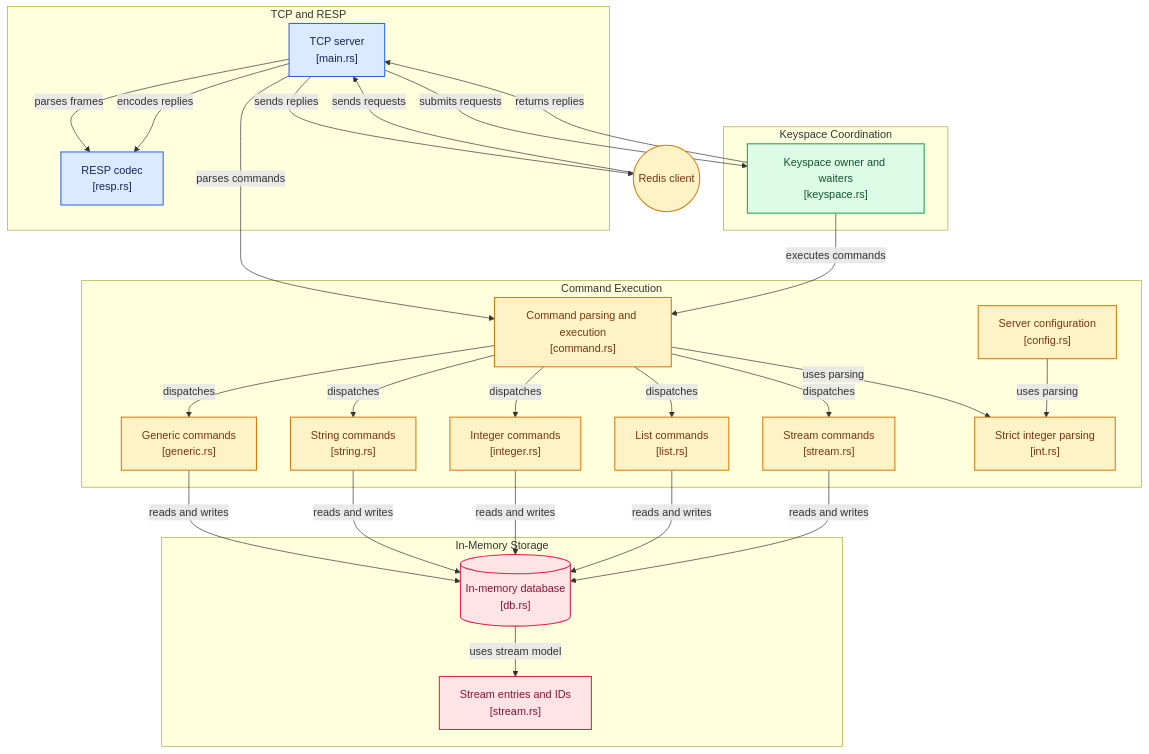
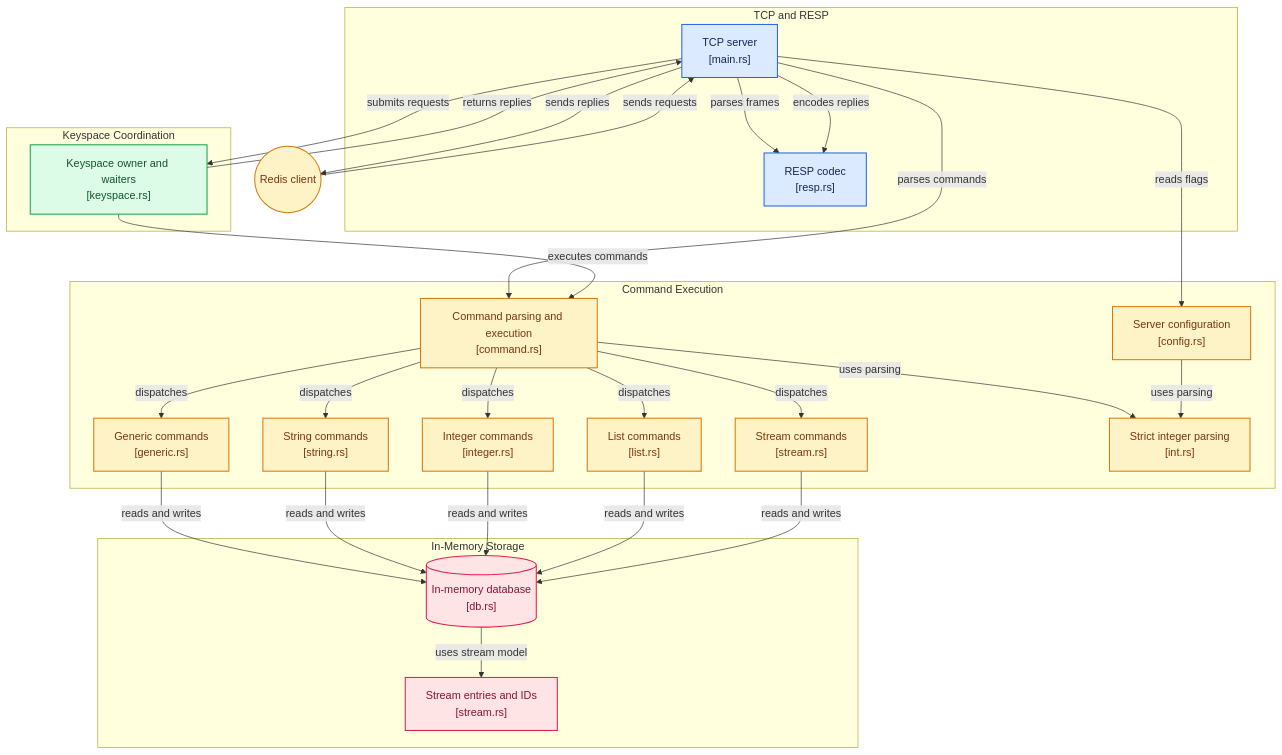
The diagram in README.md (sdevanathan96/rusty-redis), drawn with Mermaid before and after one commit.

Commit message:
Connect the config node in the README diagram

````diff
--- a/README.md
+++ b/README.md
@@ -108,79 +108,80 @@
 ```mermaid
 %% Generated by https://gitdiagram.com/sdevanathan96/rusty-redis
 flowchart TD
 
 subgraph group_transport["TCP and RESP"]
   node_server["TCP server<br/>[main.rs]"]
   node_resp["RESP codec<br/>[resp.rs]"]
 end
 
 subgraph group_execution["Command Execution"]
   node_command["Command parsing and execution<br/>[command.rs]"]
   node_generic["Generic commands<br/>[generic.rs]"]
   node_strings["String commands<br/>[string.rs]"]
   node_integers["Integer commands<br/>[integer.rs]"]
   node_lists["List commands<br/>[list.rs]"]
   node_streams["Stream commands<br/>[stream.rs]"]
   node_config["Server configuration<br/>[config.rs]"]
   node_integerparse["Strict integer parsing<br/>[int.rs]"]
 end
 
 subgraph group_coordination["Keyspace Coordination"]
   node_keyspace["Keyspace owner and waiters<br/>[keyspace.rs]"]
 end
 
 subgraph group_storage["In-Memory Storage"]
   node_db[("In-memory database<br/>[db.rs]")]
   node_streammodel["Stream entries and IDs<br/>[stream.rs]"]
 end
 
 node_client(("Redis client"))
 
 node_client -->|"sends requests"| node_server
 node_server -->|"parses frames"| node_resp
 node_server -->|"parses commands"| node_command
 node_server -->|"submits requests"| node_keyspace
+node_server -->|"reads flags"| node_config
 node_keyspace -->|"executes commands"| node_command
 node_command -->|"dispatches"| node_generic
 node_command -->|"dispatches"| node_strings
 node_command -->|"dispatches"| node_integers
 node_command -->|"dispatches"| node_lists
 node_command -->|"dispatches"| node_streams
 node_generic -->|"reads and writes"| node_db
 node_strings -->|"reads and writes"| node_db
 node_integers -->|"reads and writes"| node_db
 node_lists -->|"reads and writes"| node_db
 node_streams -->|"reads and writes"| node_db
 node_db -->|"uses stream model"| node_streammodel
 node_command -->|"uses parsing"| node_integerparse
 node_config -->|"uses parsing"| node_integerparse
 node_server -->|"encodes replies"| node_resp
 node_keyspace -->|"returns replies"| node_server
 node_server -->|"sends replies"| node_client
 
 click node_server "https://github.com/sdevanathan96/rusty-redis/blob/main/src/main.rs"
 click node_resp "https://github.com/sdevanathan96/rusty-redis/blob/main/src/resp.rs"
 click node_command "https://github.com/sdevanathan96/rusty-redis/blob/main/src/command.rs"
 click node_generic "https://github.com/sdevanathan96/rusty-redis/blob/main/src/command/generic.rs"
 click node_strings "https://github.com/sdevanathan96/rusty-redis/blob/main/src/command/string.rs"
 click node_integers "https://github.com/sdevanathan96/rusty-redis/blob/main/src/command/integer.rs"
 click node_lists "https://github.com/sdevanathan96/rusty-redis/blob/main/src/command/list.rs"
 click node_streams "https://github.com/sdevanathan96/rusty-redis/blob/main/src/command/stream.rs"
 click node_keyspace "https://github.com/sdevanathan96/rusty-redis/blob/main/src/keyspace.rs"
 click node_db "https://github.com/sdevanathan96/rusty-redis/blob/main/src/db.rs"
 click node_streammodel "https://github.com/sdevanathan96/rusty-redis/blob/main/src/db/stream.rs"
 click node_config "https://github.com/sdevanathan96/rusty-redis/blob/main/src/config.rs"
 click node_integerparse "https://github.com/sdevanathan96/rusty-redis/blob/main/src/int.rs"
 
 classDef toneNeutral fill:#f8fafc,stroke:#334155,stroke-width:1.5px,color:#0f172a
 classDef toneBlue fill:#dbeafe,stroke:#2563eb,stroke-width:1.5px,color:#172554
 classDef toneAmber fill:#fef3c7,stroke:#d97706,stroke-width:1.5px,color:#78350f
 classDef toneMint fill:#dcfce7,stroke:#16a34a,stroke-width:1.5px,color:#14532d
 classDef toneRose fill:#ffe4e6,stroke:#e11d48,stroke-width:1.5px,color:#881337
 classDef toneIndigo fill:#e0e7ff,stroke:#4f46e5,stroke-width:1.5px,color:#312e81
 classDef toneTeal fill:#ccfbf1,stroke:#0f766e,stroke-width:1.5px,color:#134e4a
 class node_server,node_resp toneBlue
 class node_command,node_generic,node_strings,node_integers,node_lists,node_streams,node_config,node_integerparse,node_client toneAmber
 class node_keyspace toneMint
 class node_db,node_streammodel toneRose
 ```
````
